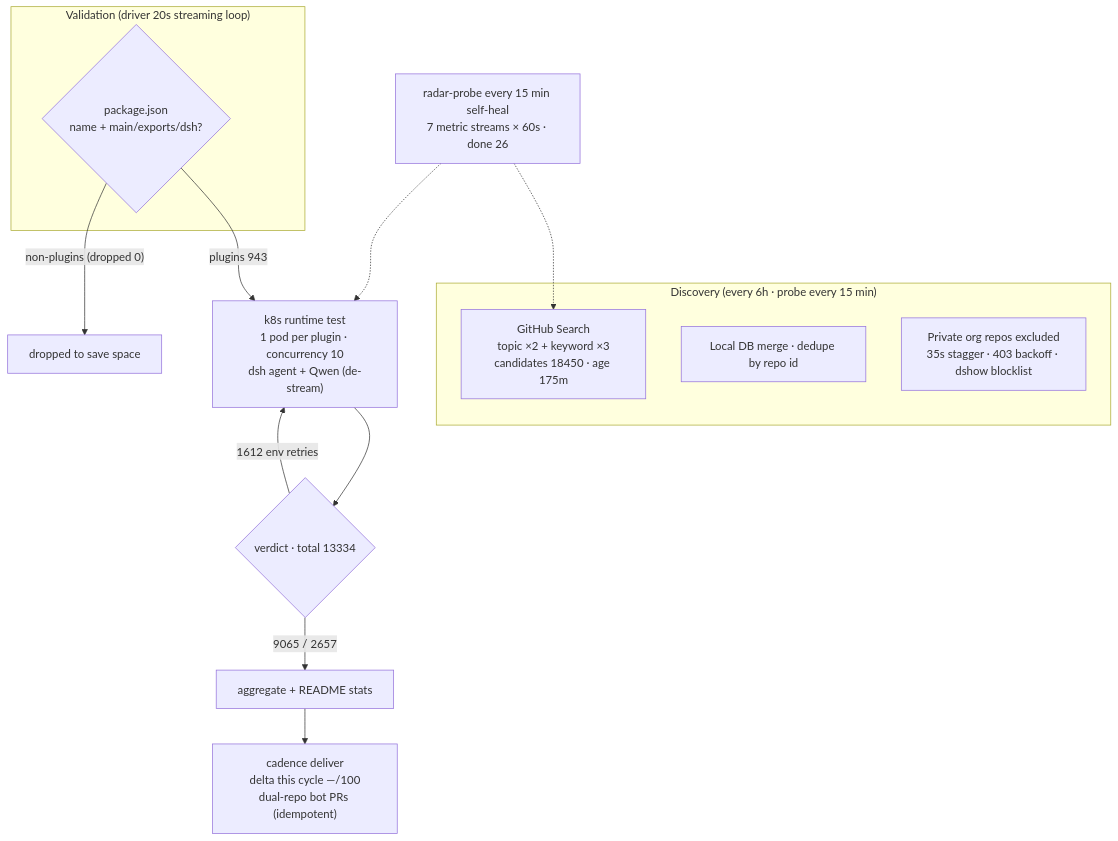
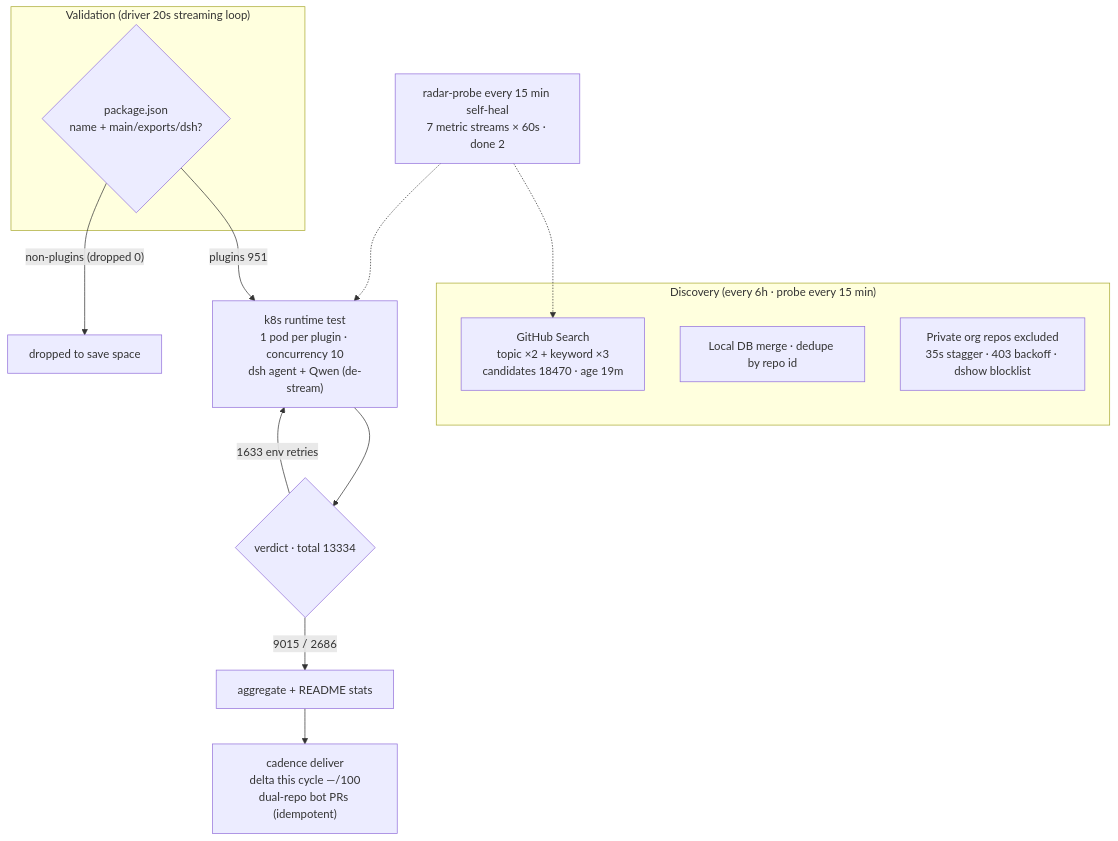
The diagram in README.en-US.md (AdamPlatin123/awesome-dsh-plugins), drawn with Mermaid before and after one commit. The commit also changed other lines of this file and 14 other files, not shown here.

````diff
--- a/README.en-US.md
+++ b/README.en-US.md
@@ -45,20 +45,20 @@
 ```mermaid
 flowchart TB
     subgraph Discovery["Discovery (every 6h · probe every 15 min)"]
-        A1["GitHub Search<br/>topic ×2 + keyword ×3<br/>candidates 18450 · age 175m"]
+        A1["GitHub Search<br/>topic ×2 + keyword ×3<br/>candidates 18470 · age 19m"]
         A2["Local DB merge · dedupe by repo id"]
         A3["Private org repos excluded<br/>35s stagger · 403 backoff · dshow blocklist"]
     end
     subgraph Validation["Validation (driver 20s streaming loop)"]
         B1{"package.json<br/>name + main/exports/dsh?"}
     end
-    B1 -->|"plugins 943"| C1["k8s runtime test<br/>1 pod per plugin · concurrency 10<br/>dsh agent + Qwen (de-stream)"]
+    B1 -->|"plugins 951"| C1["k8s runtime test<br/>1 pod per plugin · concurrency 10<br/>dsh agent + Qwen (de-stream)"]
     B1 -->|"non-plugins (dropped 0)"| B3["dropped to save space"]
     C1 --> D1{"verdict · total 13334"}
-    D1 -->|"9065 / 2657"| E1["aggregate + README stats"]
-    D1 -->|"1612 env retries"| C1
+    D1 -->|"9015 / 2686"| E1["aggregate + README stats"]
+    D1 -->|"1633 env retries"| C1
     E1 --> E2["cadence deliver<br/>delta this cycle —/100<br/>dual-repo bot PRs (idempotent)"]
-    M["radar-probe every 15 min self-heal<br/>7 metric streams × 60s · done 26"]
+    M["radar-probe every 15 min self-heal<br/>7 metric streams × 60s · done 2"]
     M -.-> A1
     M -.-> C1
 ```
````
